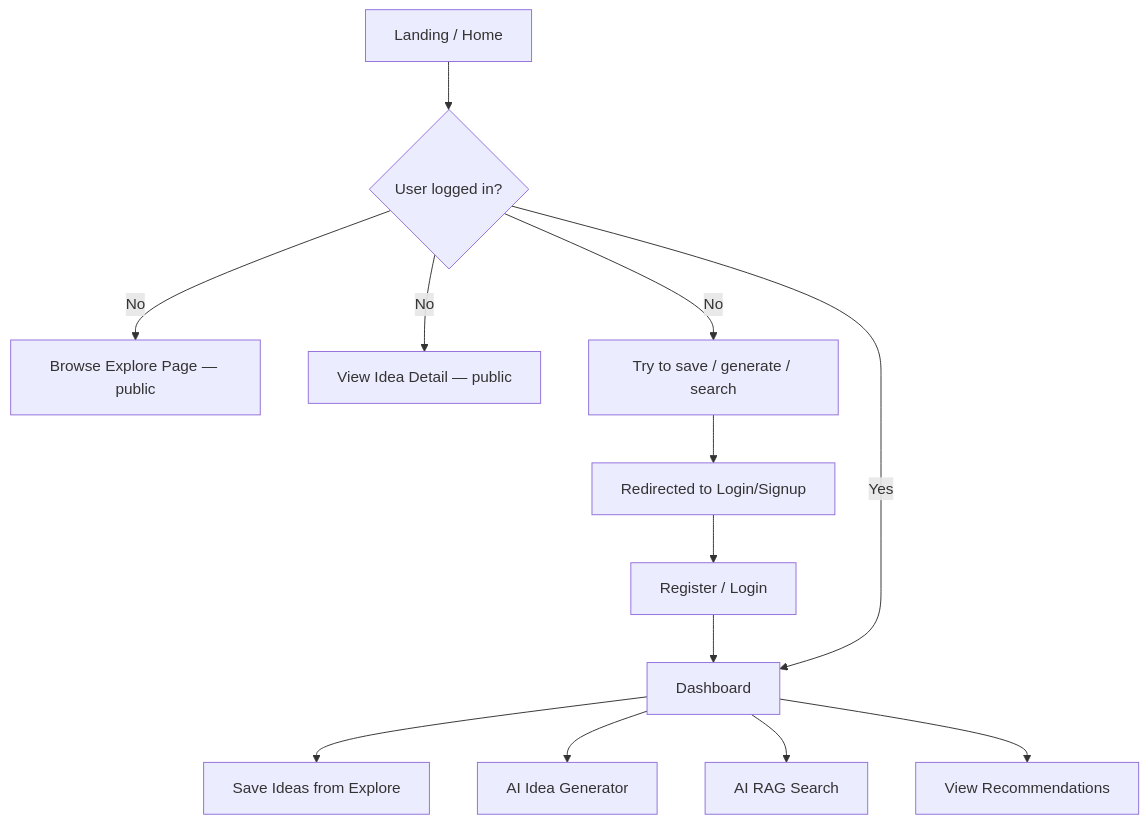
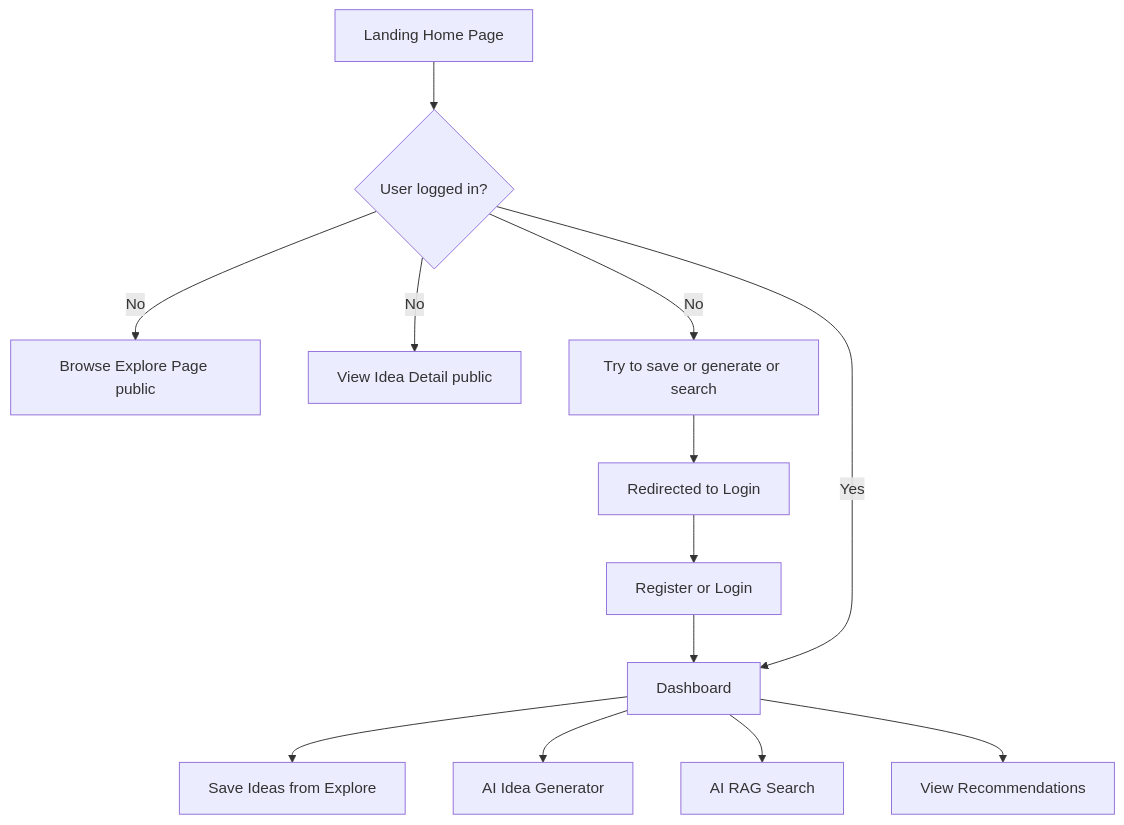
Before and after one commit to ramakrishnabalijepally-del/IdeaForge: the ninth of 10 diagrams in docs/Architecture.md, drawn with Mermaid. The commit also changed other lines of this file, not shown here.

First line of the commit message:
Fix all Mermaid diagrams in Architecture.md for GitHub compatibility

````diff
--- a/docs/Architecture.md
+++ b/docs/Architecture.md
@@ -400,15 +402,15 @@
 ```mermaid
 flowchart TD
-    A[Landing / Home] --> B{User logged in?}
-    B -- No --> C[Browse Explore Page — public]
-    B -- No --> D[View Idea Detail — public]
-    B -- No --> E[Try to save / generate / search]
-    E --> F[Redirected to Login/Signup]
-    F --> G[Register / Login]
+    A[Landing Home Page] --> B{User logged in?}
+    B -- No --> C[Browse Explore Page public]
+    B -- No --> D[View Idea Detail public]
+    B -- No --> E[Try to save or generate or search]
+    E --> F[Redirected to Login]
+    F --> G[Register or Login]
     G --> H[Dashboard]
     H --> I[Save Ideas from Explore]
     H --> J[AI Idea Generator]
     H --> K[AI RAG Search]
     H --> L[View Recommendations]
     B -- Yes --> H
 ```
````
